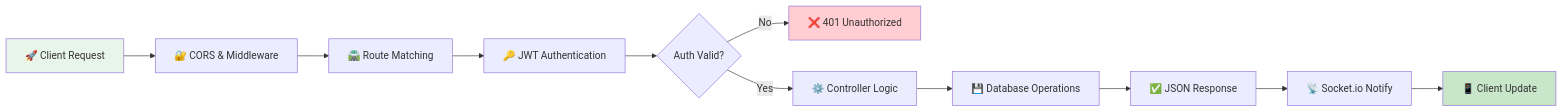
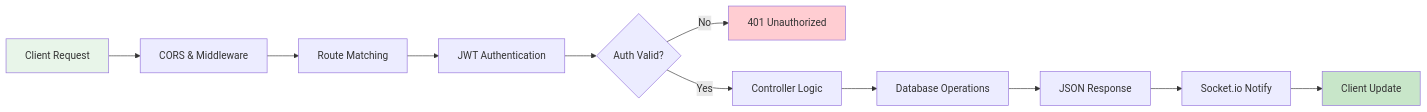
One commit to ankitkumar-09/ArogYam changed the third of 3 diagrams in README.md. Above: the diagram before and after it, drawn with Mermaid. The commit also changed other lines of this file, not shown here.

````diff
--- a/README.md
+++ b/README.md
@@ -95,17 +95,17 @@
 ```mermaid
 flowchart LR
-    A["🚀 Client Request"] --> B["🔐 CORS & Middleware"]
-    B --> C["🛣️ Route Matching"]
-    C --> D["🔑 JWT Authentication"]
+    A["Client Request"] --> B["CORS & Middleware"]
+    B --> C["Route Matching"]
+    C --> D["JWT Authentication"]
     D --> E{Auth Valid?}
-    E -->|No| F["❌ 401 Unauthorized"]
-    E -->|Yes| G["⚙️ Controller Logic"]
-    G --> H["💾 Database Operations"]
-    H --> I["✅ JSON Response"]
-    I --> J["📡 Socket.io Notify"]
-    J --> K["📱 Client Update"]
+    E -->|No| F["401 Unauthorized"]
+    E -->|Yes| G["Controller Logic"]
+    G --> H["Database Operations"]
+    H --> I["JSON Response"]
+    I --> J["Socket.io Notify"]
+    J --> K["Client Update"]
     
     style A fill:#e8f5e9
     style K fill:#c8e6c9
     style F fill:#ffcdd2
 ```
````
